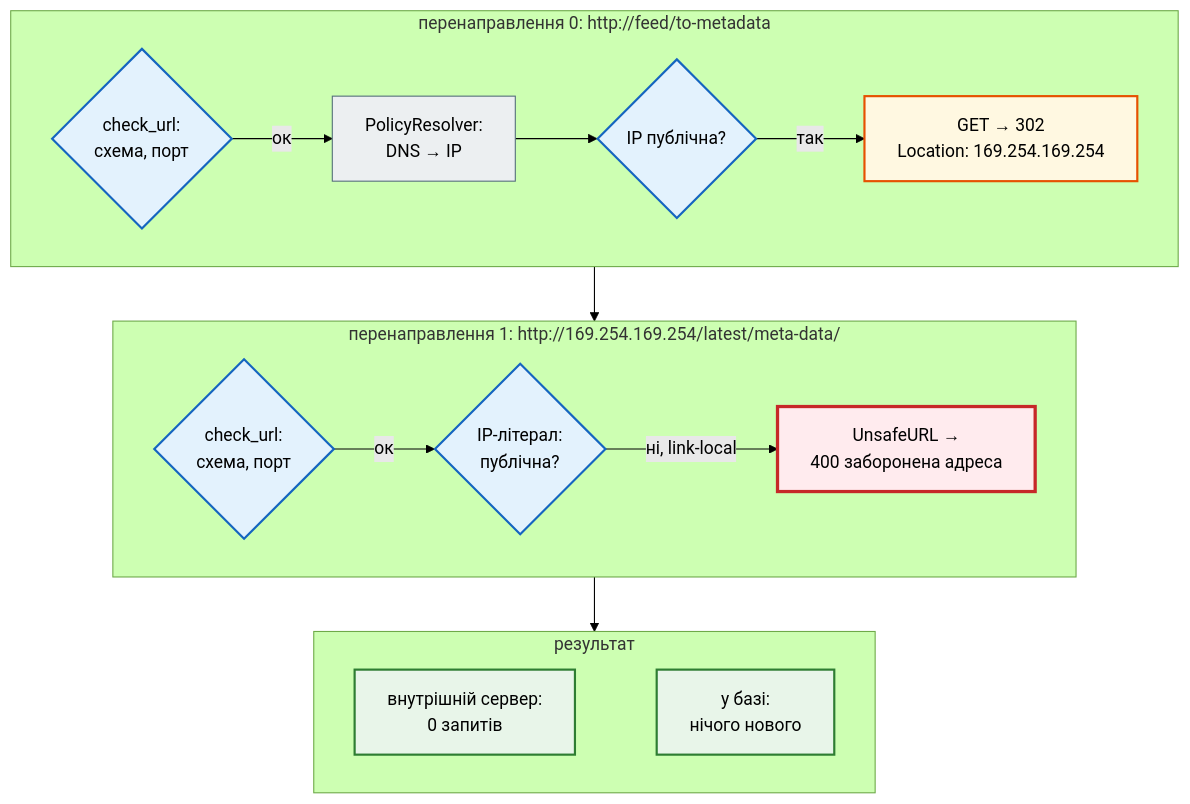
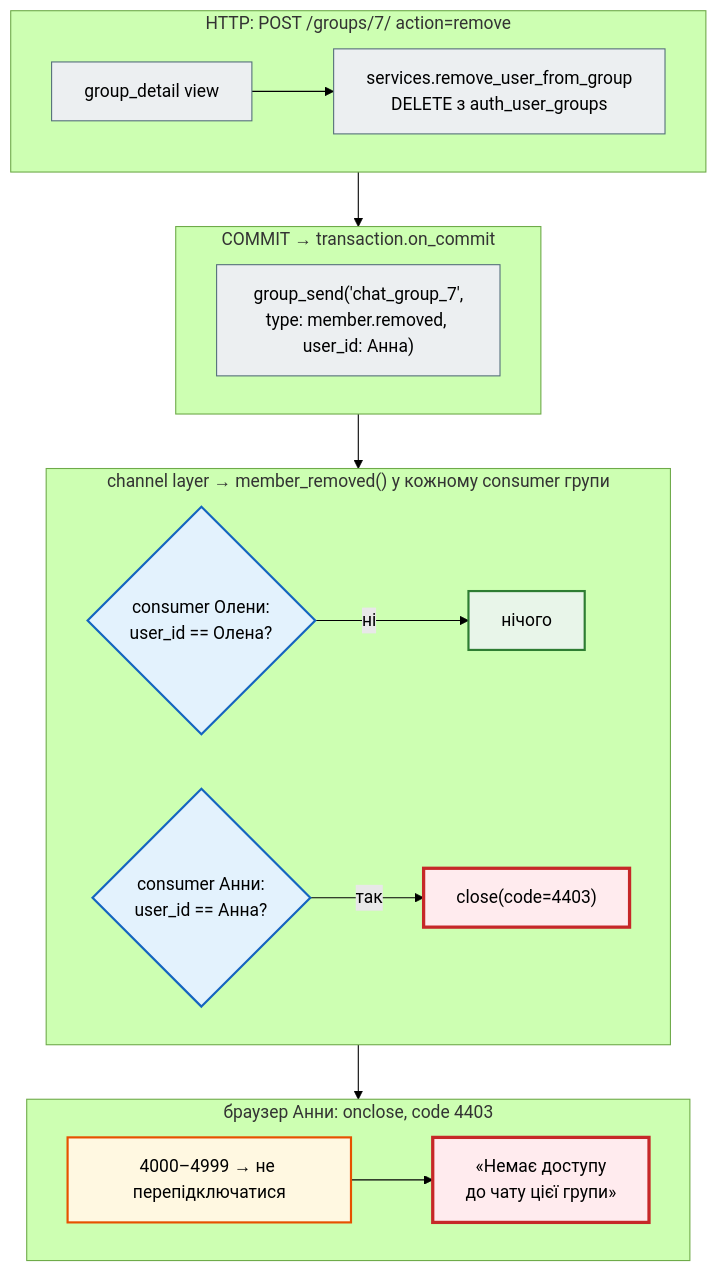
The third of 4 diagrams in docs/modules/m4/lesson_46.md (AlinaRadchenko/PY-Course-Victor-Nikoriak-22-09-2026), drawn with Mermaid (forest theme) before and after one commit. The commit also changed other lines of this file and 1846 other files, not shown here.

````diff
--- a/docs/modules/m4/lesson_46.md
+++ b/docs/modules/m4/lesson_46.md
@@ -332,28 +340,34 @@
 ```mermaid
 flowchart TD
     classDef step     fill:#eceff1,stroke:#546e7a,stroke-width:1px;
     classDef decision fill:#e3f2fd,stroke:#1565c0,stroke-width:2px;
     classDef success  fill:#e8f5e9,stroke:#2e7d32,stroke-width:2px;
     classDef error    fill:#ffebee,stroke:#c62828,stroke-width:3px;
     classDef warning  fill:#fff8e1,stroke:#e65100,stroke-width:2px;
 
-    subgraph H0["перенаправлення 0: http://feed/to-metadata"]
+    subgraph R1["HTTP: POST /groups/7/ action=remove"]
         direction LR
-        h1{"check_url:<br>схема, порт"} -- ок --> h2["PolicyResolver:<br>DNS → IP"] --> h3{"IP публічна?"} -- так --> h4["GET → 302<br>Location: 169.254.169.254"]
+        h1["group_detail view"] --> h2["services.remove_user_from_group<br>DELETE з auth_user_groups"]
     end
-    subgraph H1["перенаправлення 1: http://169.254.169.254/latest/meta-data/"]
+    subgraph R2["COMMIT → transaction.on_commit"]
         direction LR
-        k1{"check_url:<br>схема, порт"} -- ок --> k2{"IP-літерал:<br>публічна?"} -- ні, link-local --> k3["UnsafeURL →<br>400 заборонена адреса"]
+        e1["group_send('chat_group_7',<br>type: member.removed, user_id: Анна)"]
     end
-    subgraph R["результат"]
+    subgraph R3["channel layer → member_removed() у кожному consumer групи"]
         direction LR
-        r1["внутрішній сервер:<br>0 запитів"] ~~~ r2["у базі:<br>нічого нового"]
+        m1{"consumer Олени:<br>user_id == Олена?"} -- ні --> m2["нічого"]
+        m3{"consumer Анни:<br>user_id == Анна?"} -- так --> m4["close(code=4403)"]
     end
-    H0 --> H1 --> R
+    subgraph R4["браузер Анни: onclose, code 4403"]
+        direction LR
+        j1["4000–4999 → не перепідключатися"] --> j2["«Немає доступу<br>до чату цієї групи»"]
+    end
 
-    class h1,h3,k1,k2 decision
-    class h2 step
-    class h4 warning
-    class k3 error
-    class r1,r2 success
+    R1 --> R2 --> R3 --> R4
+
+    class h1,h2,e1 step
+    class m1,m3 decision
+    class m2 success
+    class m4,j2 error
+    class j1 warning
 ```
````
